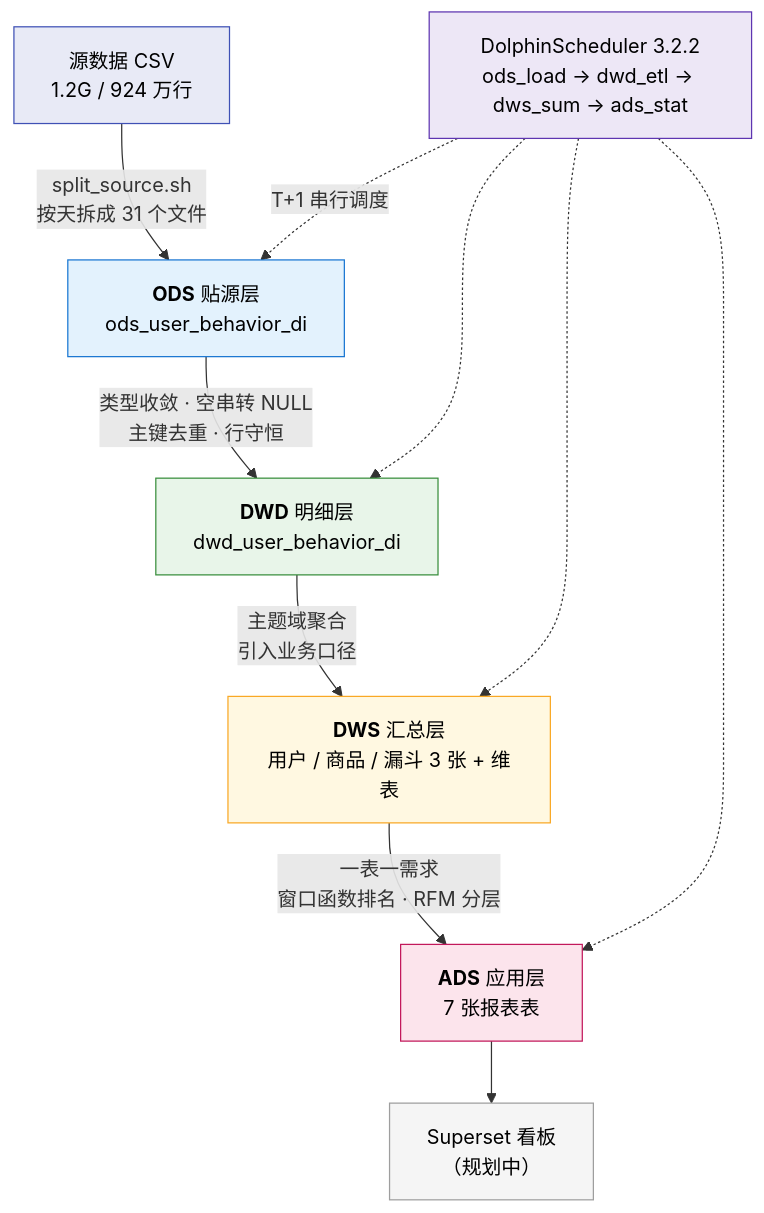
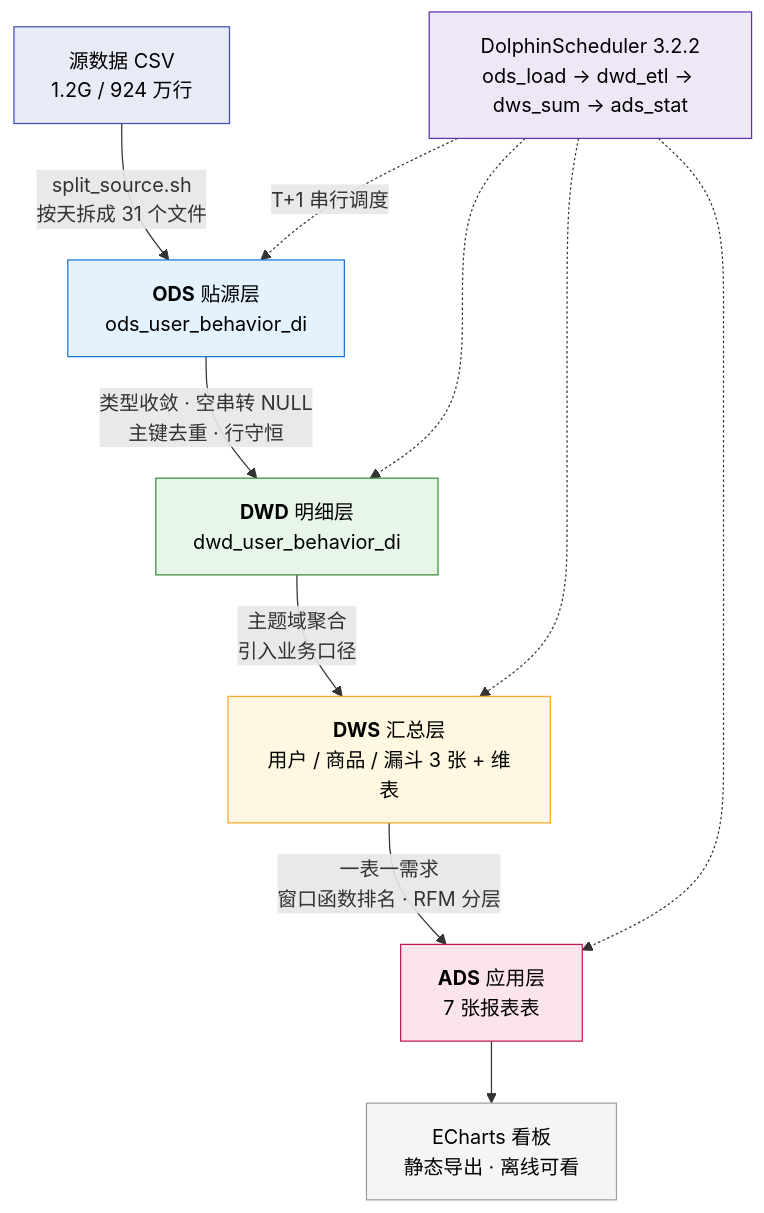
Before and after one commit to Enrrish/ecommerce-offline-datawarehouse: the diagram in README.md, drawn with Mermaid. The commit also changed other lines of this file and 4 other files, not shown here.

````diff
--- a/README.md
+++ b/README.md
@@ -50,21 +50,21 @@
 ```mermaid
 flowchart TD
     A["源数据 CSV<br/>1.2G / 924 万行"] -->|"split_source.sh<br/>按天拆成 31 个文件"| B["<b>ODS</b> 贴源层<br/>ods_user_behavior_di"]
     B -->|"类型收敛 · 空串转 NULL<br/>主键去重 · 行守恒"| C["<b>DWD</b> 明细层<br/>dwd_user_behavior_di"]
     C -->|"主题域聚合<br/>引入业务口径"| D["<b>DWS</b> 汇总层<br/>用户 / 商品 / 漏斗 3 张 + 维表"]
     D -->|"一表一需求<br/>窗口函数排名 · RFM 分层"| E["<b>ADS</b> 应用层<br/>7 张报表表"]
-    E --> F["Superset 看板<br/>（规划中）"]
+    E --> F["ECharts 看板<br/>静态导出 · 离线可看"]
 
     G["DolphinScheduler 3.2.2<br/>ods_load → dwd_etl → dws_sum → ads_stat"] -.->|"T+1 串行调度"| B
     G -.-> C
     G -.-> D
     G -.-> E
 
     style A fill:#e8eaf6,stroke:#3f51b5,color:#000
     style B fill:#e3f2fd,stroke:#1976d2,color:#000
     style C fill:#e8f5e9,stroke:#388e3c,color:#000
     style D fill:#fff8e1,stroke:#f9a825,color:#000
     style E fill:#fce4ec,stroke:#c2185b,color:#000
     style F fill:#f5f5f5,stroke:#9e9e9e,color:#000
     style G fill:#ede7f6,stroke:#5e35b1,color:#000
 ```
````
